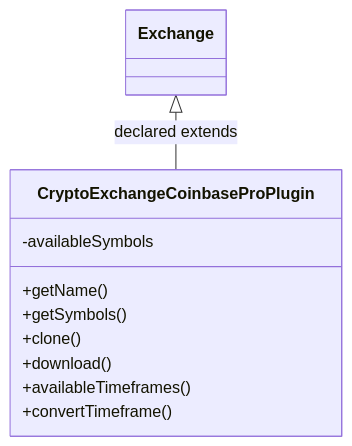
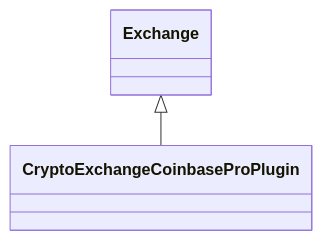
Before and after one commit to haruperi/HaruQuantAI: the diagram in docs/sqx/DataManager/CryptoExchangeCoinbasePro.md, drawn with Mermaid. The commit also changed other lines of this file and 1688 other files, not shown here.

````diff
--- a/docs/sqx/DataManager/CryptoExchangeCoinbasePro.md
+++ b/docs/sqx/DataManager/CryptoExchangeCoinbasePro.md
@@ -30,14 +26,6 @@
 ```mermaid
 classDiagram
-    class C9930ff49b882["CryptoExchangeCoinbaseProPlugin"] {
-        -availableSymbols
-        +getName()
-        +getSymbols()
-        +clone()
-        +download()
-        +availableTimeframes()
-        +convertTimeframe()
-    }
-    class Cdc5bf0b36300["Exchange"]
-    Cdc5bf0b36300 <|-- C9930ff49b882 : declared extends
+    class C0["CryptoExchangeCoinbaseProPlugin"]
+    class E0["Exchange"]
+    E0 <|-- C0
 ```
````
